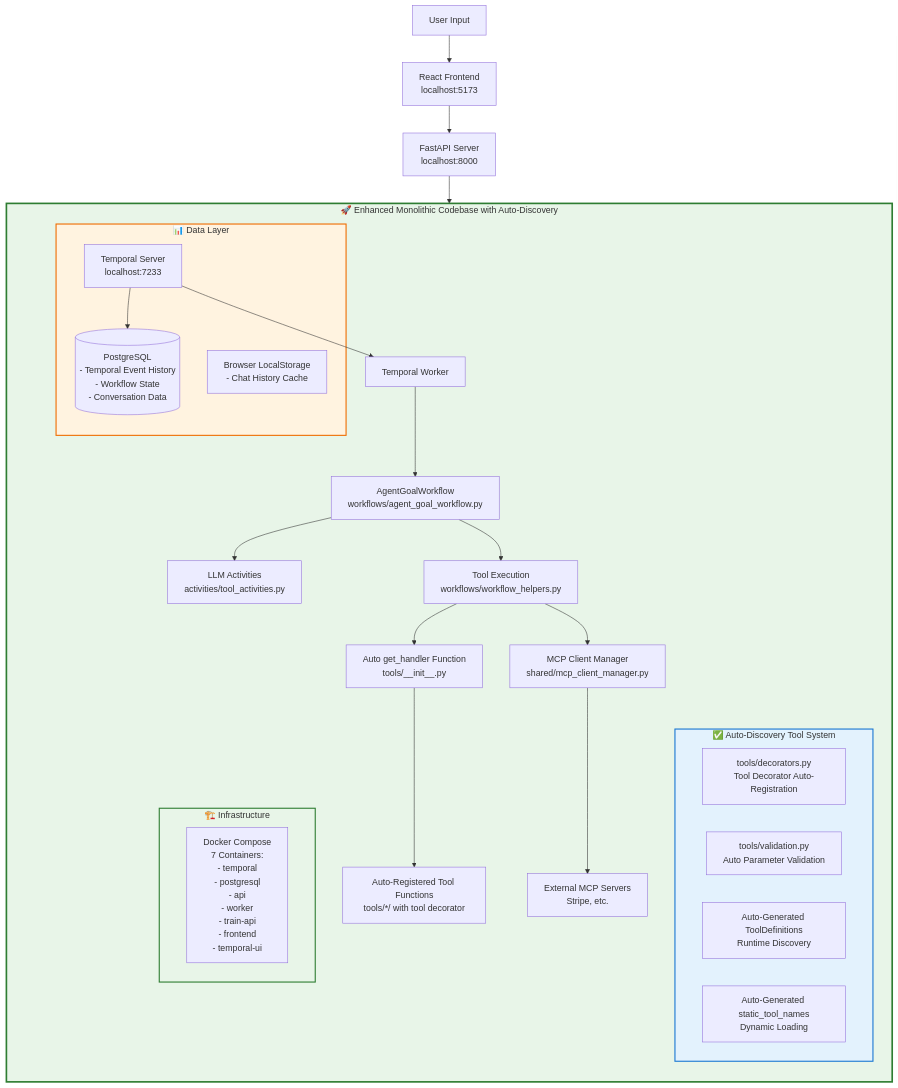
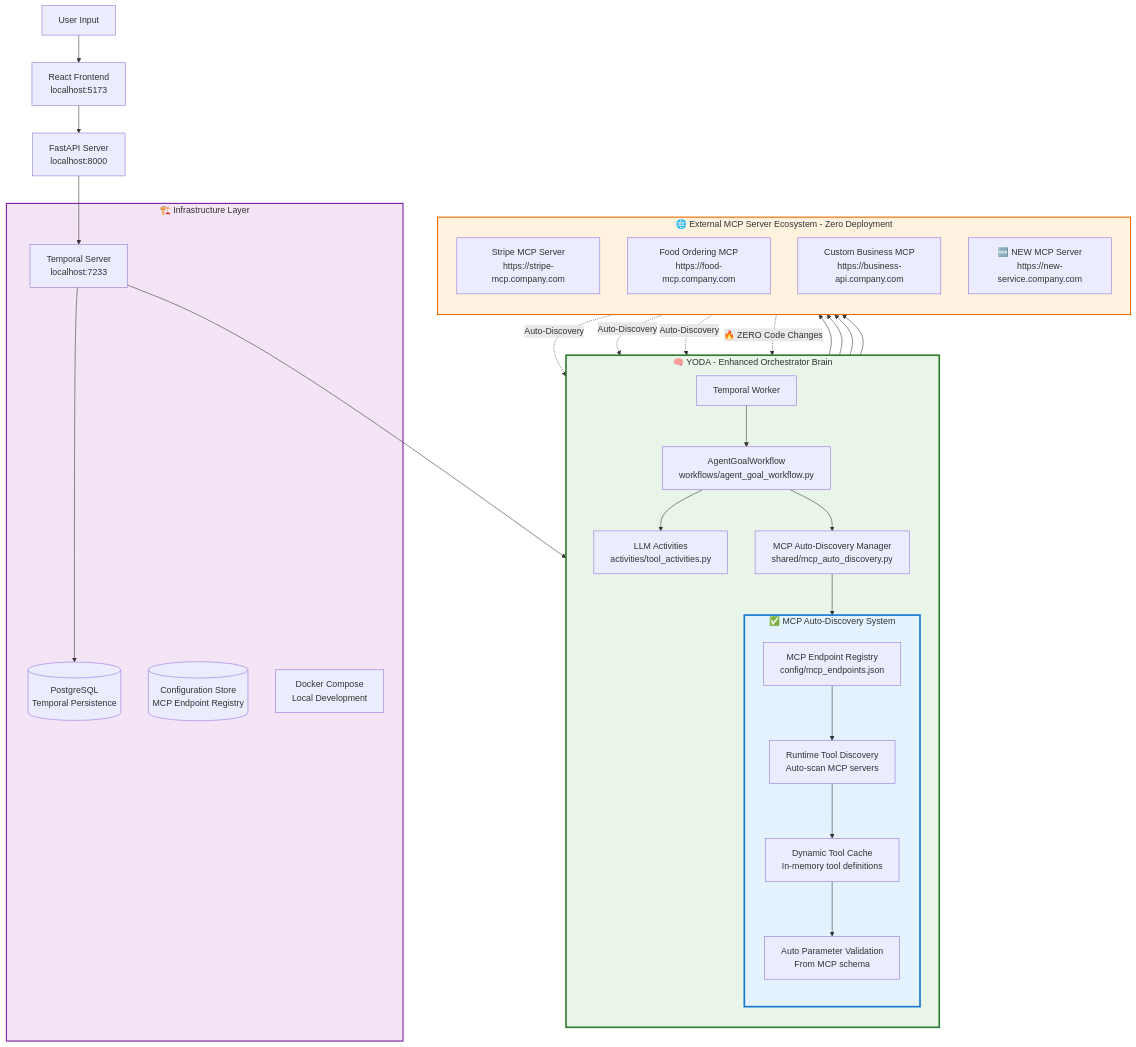
One commit to shin-hyuk/yoda changed the second of 3 diagrams in NEW_ARCHITECTURE_PLAN.md. Above: the diagram before and after it, drawn with Mermaid. The commit also changed other lines of this file, not shown here.

````diff
--- a/NEW_ARCHITECTURE_PLAN.md
+++ b/NEW_ARCHITECTURE_PLAN.md
@@ -80,47 +94,63 @@
 ```mermaid
 graph TB
     User[User Input] --> Frontend[React Frontend<br/>localhost:5173]
     Frontend --> API[FastAPI Server<br/>localhost:8000]
     API --> Temporal[Temporal Server<br/>localhost:7233]
     Temporal --> Worker[Temporal Worker]
     
-    subgraph EnhancedSystem ["🚀 Enhanced Monolithic Codebase with Auto-Discovery"]
+    subgraph YodaBrainEnhanced ["🧠 YODA - Enhanced Orchestrator Brain"]
         direction TB
         Worker --> AgentWorkflow[AgentGoalWorkflow<br/>workflows/agent_goal_workflow.py]
         AgentWorkflow --> LLMActivity[LLM Activities<br/>activities/tool_activities.py]
-        AgentWorkflow --> ToolExecution[Tool Execution<br/>workflows/workflow_helpers.py]
+        AgentWorkflow --> MCPAutoDiscovery[MCP Auto-Discovery Manager<br/>shared/mcp_auto_discovery.py]
         
-        ToolExecution --> AutoHandler[Auto get_handler Function<br/>tools/__init__.py]
-        AutoHandler --> DecoratedTools["Auto-Registered Tool Functions<br/>tools/*/ with tool decorator"]
-        
-        ToolExecution --> MCPClient[MCP Client Manager<br/>shared/mcp_client_manager.py]
-        MCPClient --> ExternalMCP[External MCP Servers<br/>Stripe, etc.]
-        
-        subgraph AutoDiscovery ["✅ Auto-Discovery Tool System"]
-            AutoRegistry["tools/decorators.py<br/>Tool Decorator Auto-Registration"]
-            AutoValidation["tools/validation.py<br/>Auto Parameter Validation"]
-            AutoDefinitions["Auto-Generated ToolDefinitions<br/>Runtime Discovery"]
-            AutoStaticList["Auto-Generated static_tool_names<br/>Dynamic Loading"]
+        subgraph AutoMCPSystem ["✅ MCP Auto-Discovery System"]
+            direction TB
+            EndpointRegistry[MCP Endpoint Registry<br/>config/mcp_endpoints.json]
+            AutoDiscoverer[Runtime Tool Discovery<br/>Auto-scan MCP servers]
+            ToolCache[Dynamic Tool Cache<br/>In-memory tool definitions]
+            AutoValidator[Auto Parameter Validation<br/>From MCP schema]
+            
+            EndpointRegistry --> AutoDiscoverer
+            AutoDiscoverer --> ToolCache
+            ToolCache --> AutoValidator
         end
         
-        subgraph DataLayer ["📊 Data Layer"]
-            Postgres[(PostgreSQL<br/>- Temporal Event History<br/>- Workflow State<br/>- Conversation Data)]
-            Temporal --> Postgres
-            LocalStorage[Browser LocalStorage<br/>- Chat History Cache]
-        end
-        
-        subgraph Infrastructure ["🏗️ Infrastructure"]
-            Docker[Docker Compose<br/>7 Containers:<br/>- temporal<br/>- postgresql<br/>- api<br/>- worker<br/>- train-api<br/>- frontend<br/>- temporal-ui]
-        end
+        MCPAutoDiscovery --> AutoMCPSystem
     end
     
-    classDef enhanced fill:#e8f5e8,stroke:#2e7d32,stroke-width:3px
-    classDef auto fill:#e3f2fd,stroke:#1976d2,stroke-width:2px
-    classDef dataBox fill:#fff3e0,stroke:#ef6c00,stroke-width:2px
-    classDef infraBox fill:#e8f5e8,stroke:#2e7d32,stroke-width:2px
+    subgraph ExternalMCPEcosystem ["🌐 External MCP Server Ecosystem - Zero Deployment"]
+        direction TB
+        StripeServer[Stripe MCP Server<br/>https://stripe-mcp.company.com]
+        FoodServer[Food Ordering MCP<br/>https://food-mcp.company.com]
+        CustomServer[Custom Business MCP<br/>https://business-api.company.com]
+        NewServer[🆕 NEW MCP Server<br/>https://new-service.company.com]
+        
+        StripeServer -.->|Auto-Discovery| AutoMCPSystem
+        FoodServer -.->|Auto-Discovery| AutoMCPSystem
+        CustomServer -.->|Auto-Discovery| AutoMCPSystem
+        NewServer -.->|🔥 ZERO Code Changes| AutoMCPSystem
+    end
     
-    class EnhancedSystem enhanced
-    class AutoDiscovery auto
-    class DataLayer dataBox
-    class Infrastructure infraBox
+    MCPAutoDiscovery --> StripeServer
+    MCPAutoDiscovery --> FoodServer
+    MCPAutoDiscovery --> CustomServer
+    MCPAutoDiscovery --> NewServer
+    
+    subgraph Infrastructure ["🏗️ Infrastructure Layer"]
+        Postgres[(PostgreSQL<br/>Temporal Persistence)]
+        ConfigStore[(Configuration Store<br/>MCP Endpoint Registry)]
+        Docker[Docker Compose<br/>Local Development]
+        Temporal --> Postgres
+    end
+    
+    classDef brain fill:#e8f5e8,stroke:#2e7d32,stroke-width:3px
+    classDef auto fill:#e3f2fd,stroke:#1976d2,stroke-width:3px
+    classDef external fill:#fff3e0,stroke:#ef6c00,stroke-width:2px
+    classDef infra fill:#f3e5f5,stroke:#7b1fa2,stroke-width:2px
+    
+    class YodaBrainEnhanced brain
+    class AutoMCPSystem auto
+    class ExternalMCPEcosystem external
+    class Infrastructure infra
 ```
````
